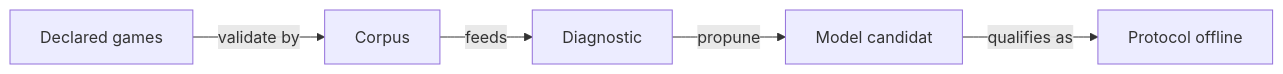
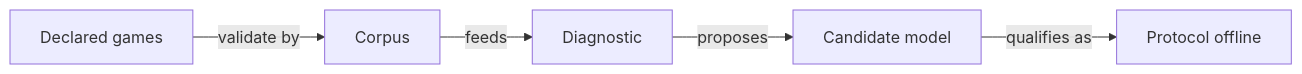
One commit to crististefanita/atf_j4 changed the diagram in whist-lab-app/ai-lab/tools/README.md. Above: the diagram before and after it, drawn with Mermaid. The commit also changed other lines of this file and 126 other files, not shown here.

````diff
--- a/whist-lab-app/ai-lab/tools/README.md
+++ b/whist-lab-app/ai-lab/tools/README.md
@@ -11,7 +11,7 @@
 ```mermaid
 flowchart LR
     GAMES[Declared games] -->|validate by| CORPUS[Corpus]
     CORPUS -->|feeds| ANALYSIS[Diagnostic]
-    ANALYSIS -->|propune| MODEL[Model candidat]
+    ANALYSIS -->|proposes| MODEL[Candidate model]
     MODEL -->|qualifies as| GATE[Protocol offline]
 ```
````
